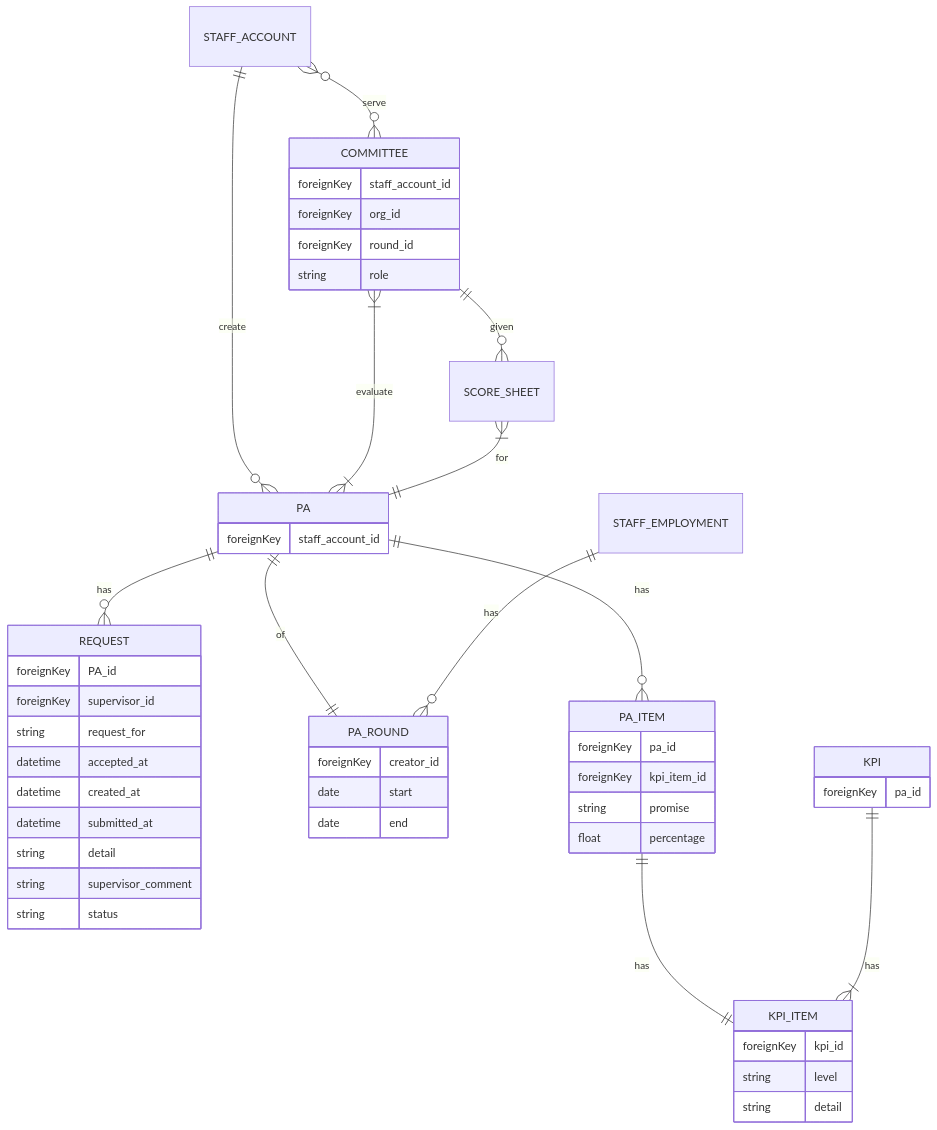
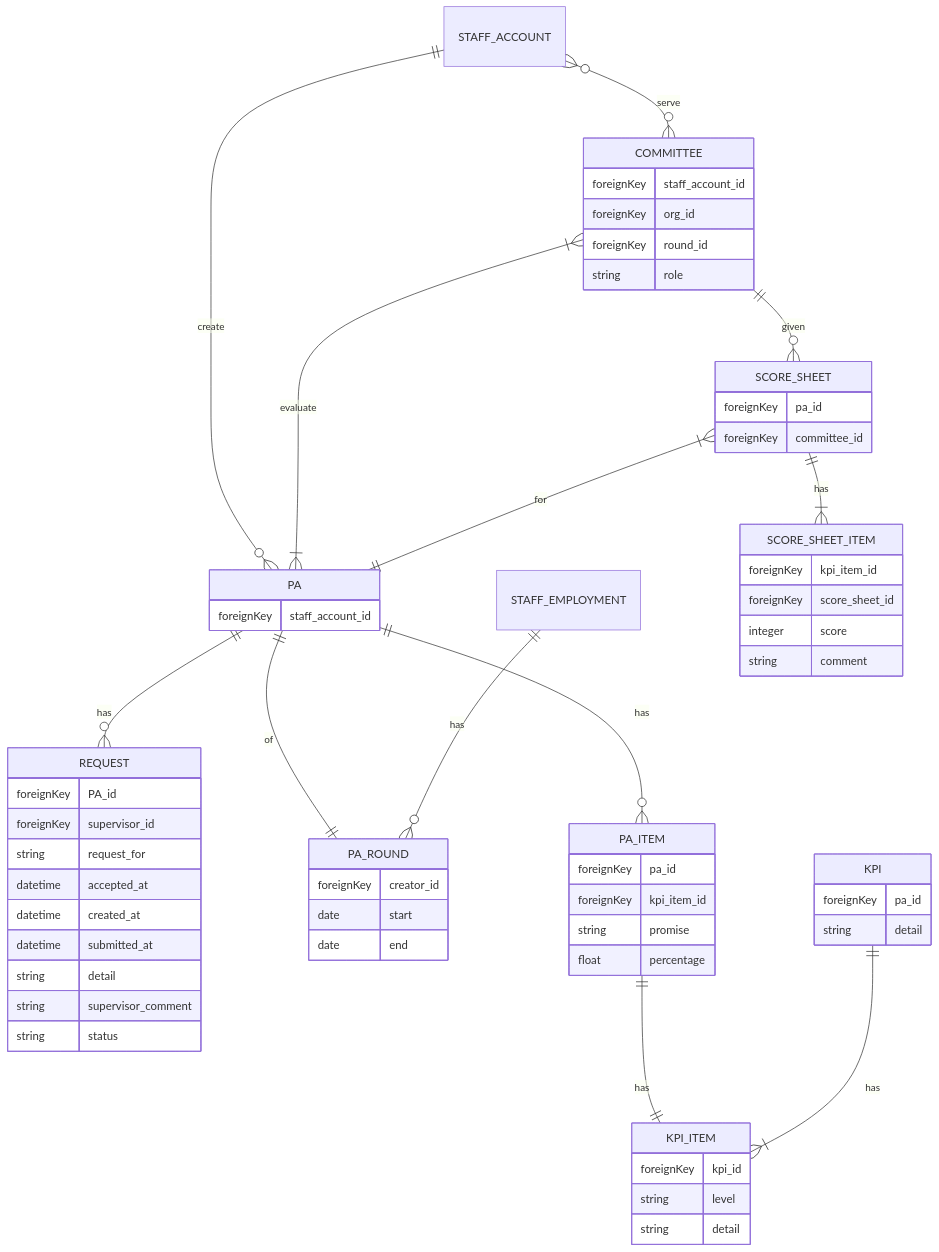
One commit to MUMT-IT/mis2018 changed the diagram in diagrams/performance-class-diagram.md. Above: the diagram before and after it, drawn with Mermaid.

Commit message:
added score sheet item model
updated score sheet model

````diff
--- a/diagrams/performance-class-diagram.md
+++ b/diagrams/performance-class-diagram.md
@@ -1,64 +1,78 @@
 ```mermaid
 erDiagram
     STAFF_ACCOUNT ||--o{ PA : create
     PA ||--o{ REQUEST : has
     PA ||--|| PA_ROUND : of
     STAFF_EMPLOYMENT ||--o{ PA_ROUND : has
     COMMITTEE }|--|{ PA : evaluate
     STAFF_ACCOUNT }o--o{ COMMITTEE : serve
     COMMITTEE ||--o{ SCORE_SHEET : given
     SCORE_SHEET }|--|| PA : for
+    SCORE_SHEET ||--|{ SCORE_SHEET_ITEM : has
     PA ||--o{ PA_ITEM : has
     PA_ITEM ||--|| KPI_ITEM : has
     
     KPI ||--|{ KPI_ITEM : has
     
+    SCORE_SHEET {
+        foreignKey pa_id
+        foreignKey committee_id
+    }
+    
+    SCORE_SHEET_ITEM {
+        foreignKey kpi_item_id
+        foreignKey score_sheet_id
+        integer score
+        string comment
+    }
+    
     KPI {
         foreignKey pa_id
+        string detail
     }
     
     KPI_ITEM {
         foreignKey kpi_id
         string level
         string detail
     }
     
     PA_ITEM {
         foreignKey pa_id
         foreignKey kpi_item_id
         string promise
         float percentage
     }
     
     COMMITTEE {
         foreignKey staff_account_id
         foreignKey org_id
         foreignKey round_id
         string role
     }
     
     PA_ROUND {
         foreignKey creator_id
         
         date start
         date end
     }
     REQUEST {
         foreignKey PA_id
         foreignKey supervisor_id
         
         string request_for
         datetime accepted_at
         datetime created_at
         datetime submitted_at
         string detail
         string supervisor_comment
         string status
     }
     
     PA {
         foreignKey staff_account_id
         
         
     }
 ```
````
